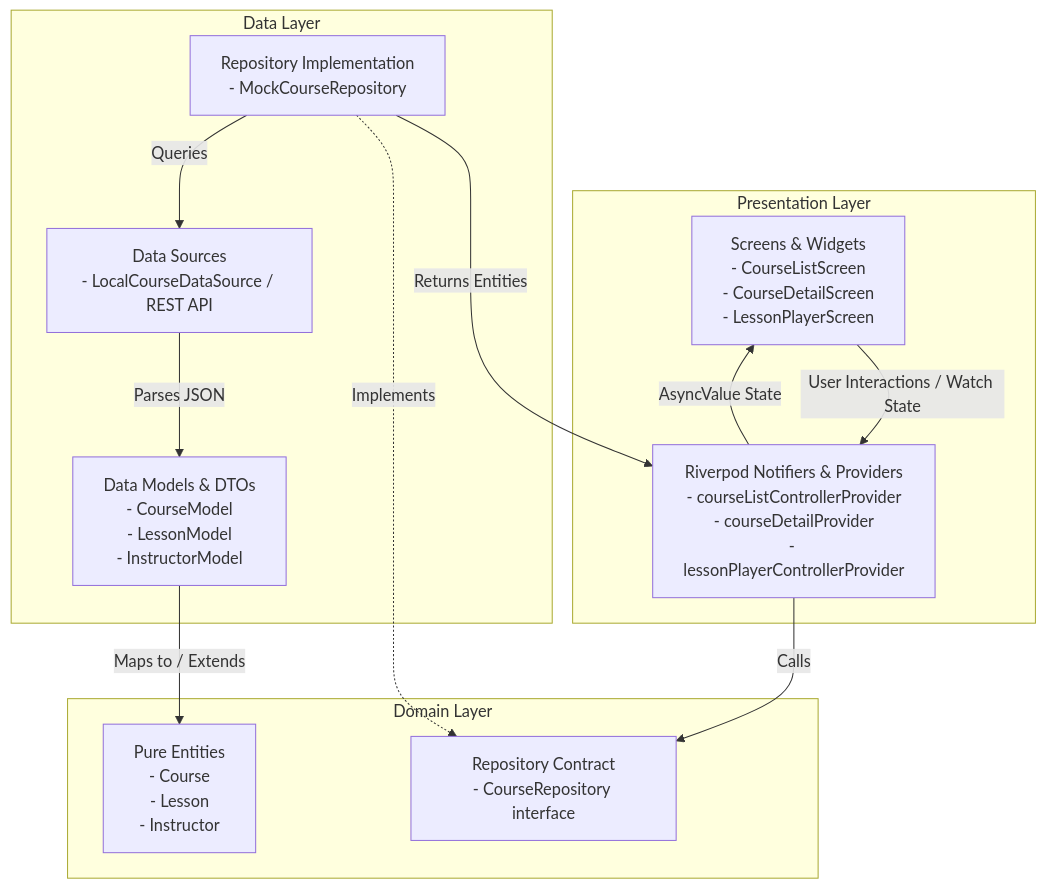
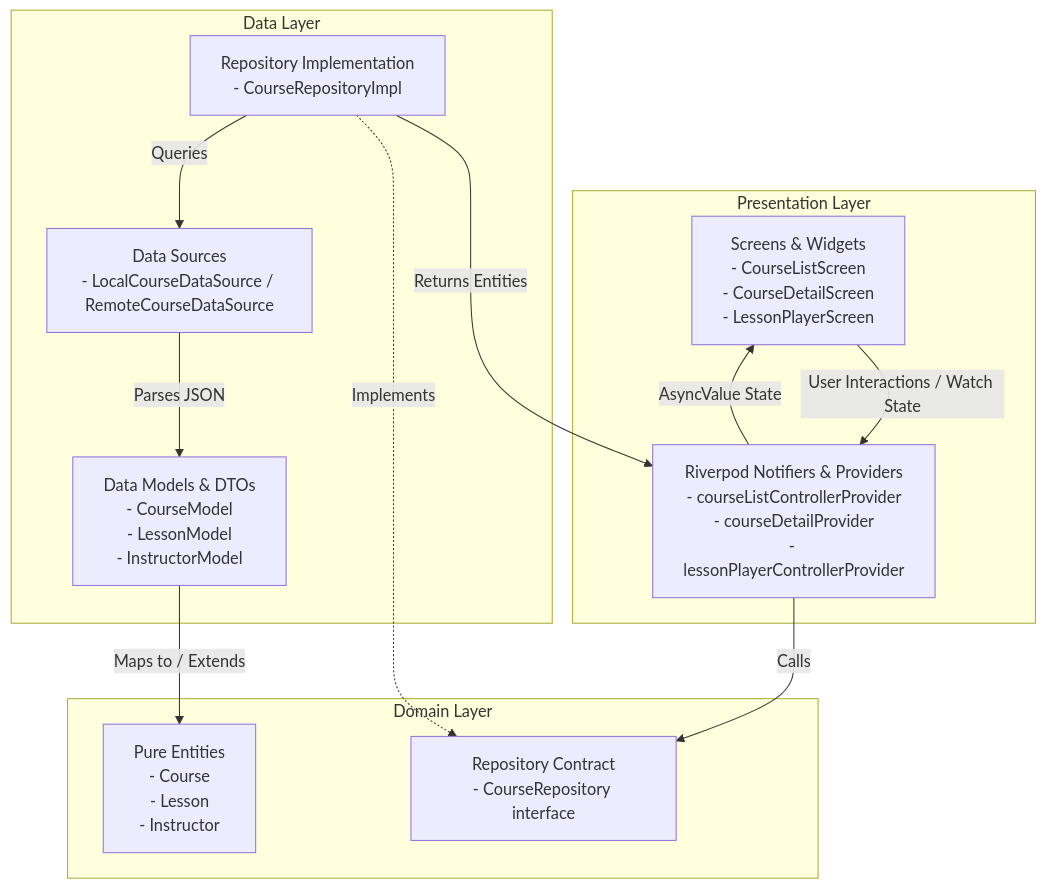
One commit to yonayohana06/course_app changed the first of 4 diagrams in docs/system_design.md. Above: the diagram before and after it, drawn with Mermaid. The commit also changed other lines of this file and 12 other files, not shown here.

Commit message:
refactor(data): rename MockCourseRepository to CourseRepositoryImpl

````diff
--- a/docs/system_design.md
+++ b/docs/system_design.md
@@ -13,27 +13,27 @@
 ```mermaid
 flowchart TD
     subgraph Presentation Layer
         UI["Screens & Widgets<br/>- CourseListScreen<br/>- CourseDetailScreen<br/>- LessonPlayerScreen"]
         Notifier["Riverpod Notifiers & Providers<br/>- courseListControllerProvider<br/>- courseDetailProvider<br/>- lessonPlayerControllerProvider"]
     end
 
     subgraph Domain Layer
         Entities["Pure Entities<br/>- Course<br/>- Lesson<br/>- Instructor"]
         Contract["Repository Contract<br/>- CourseRepository interface"]
     end
 
     subgraph Data Layer
-        RepoImpl["Repository Implementation<br/>- MockCourseRepository"]
-        DataSource["Data Sources<br/>- LocalCourseDataSource / REST API"]
+        RepoImpl["Repository Implementation<br/>- CourseRepositoryImpl"]
+        DataSource["Data Sources<br/>- LocalCourseDataSource / RemoteCourseDataSource"]
         Models["Data Models & DTOs<br/>- CourseModel<br/>- LessonModel<br/>- InstructorModel"]
     end
 
     UI -->|User Interactions / Watch State| Notifier
     Notifier -->|Calls| Contract
     RepoImpl -.->|Implements| Contract
     RepoImpl -->|Queries| DataSource
     DataSource -->|Parses JSON| Models
     Models -->|Maps to / Extends| Entities
     RepoImpl -->|Returns Entities| Notifier
     Notifier -->|AsyncValue State| UI
 ```
````
